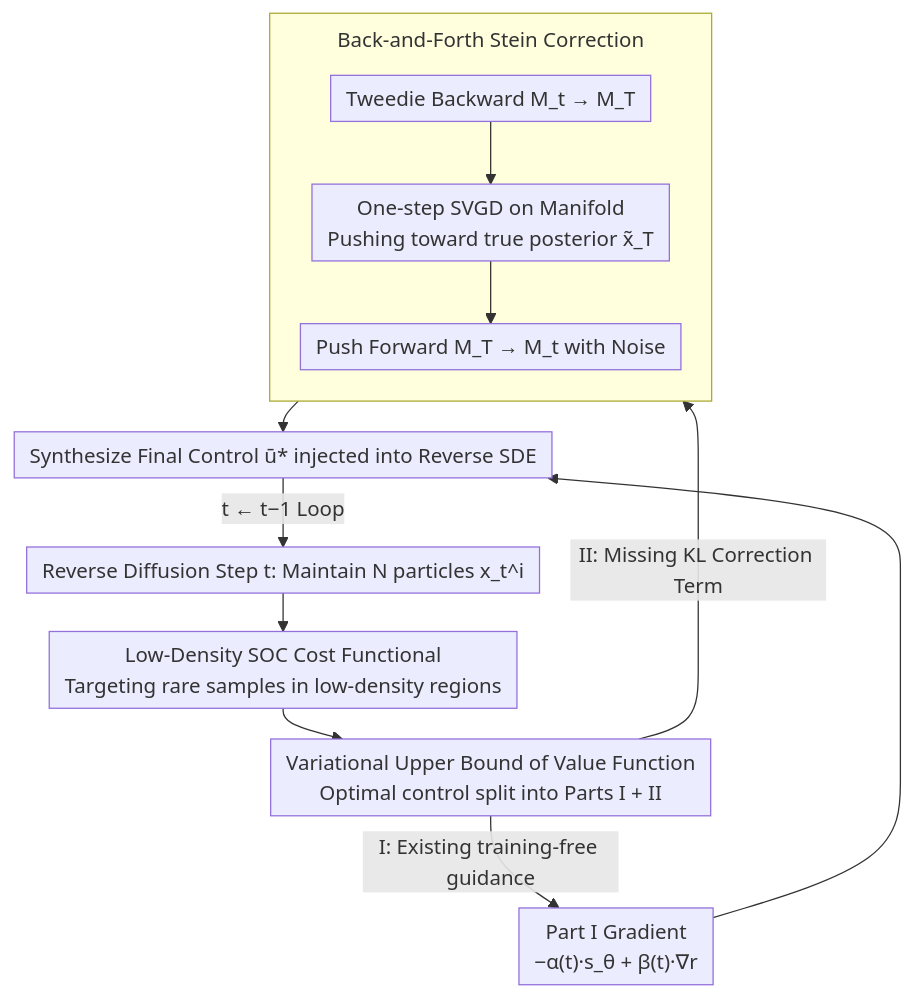
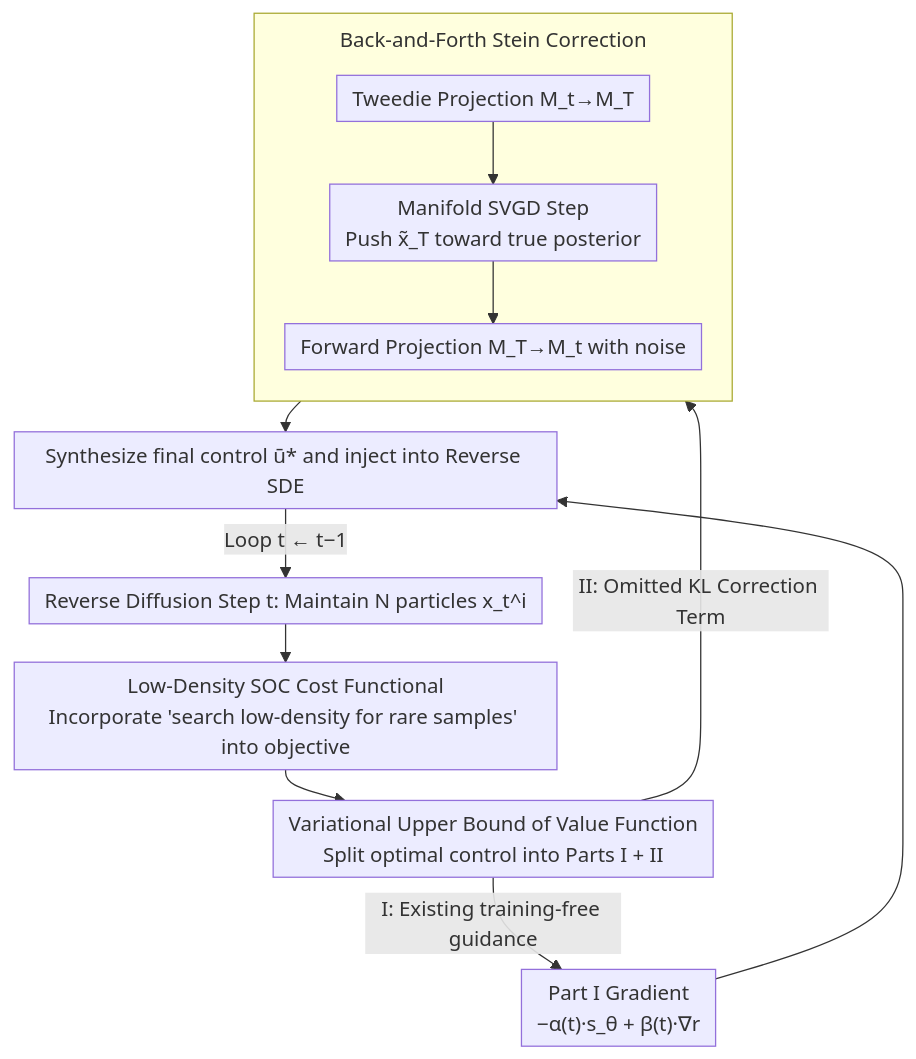
One commit to zhaoyang97/Paper-Notes-en changed the diagram in docs/ICML2026/computational_biology/stein_diffusion_guidance_training-free_posterior_correction_for_sampling_beyond_.md. Above: the diagram before and after it, drawn with Mermaid. The commit also changed other lines of this file and 5084 other files, not shown here.

````diff
--- a/docs/ICML2026/computational_biology/stein_diffusion_guidance_training-free_posterior_correction_for_sampling_beyond_.md
+++ b/docs/ICML2026/computational_biology/stein_diffusion_guidance_training-free_posterior_correction_for_sampling_beyond_.md
@@ -42,15 +42,15 @@
 ```mermaid
 %%{init: {'flowchart': {'rankSpacing': 24, 'nodeSpacing': 28, 'padding': 6, 'wrappingWidth': 400, 'subGraphTitleMargin': {'top': 8, 'bottom': 16}}}}%%
 flowchart TD
-    A["Reverse Diffusion Step t: Maintain N particles x_t^i"] --> B["Low-Density SOC Cost Functional<br/>Targeting rare samples in low-density regions"]
-    B --> C["Variational Upper Bound of Value Function<br/>Optimal control split into Parts I + II"]
+    A["Reverse Diffusion Step t: Maintain N particles x_t^i"] --> B["Low-Density SOC Cost Functional<br/>Incorporate 'search low-density for rare samples' into objective"]
+    B --> C["Variational Upper Bound of Value Function<br/>Split optimal control into Parts I + II"]
     C -->|"I: Existing training-free guidance"| E["Part I Gradient<br/>−α(t)·s_θ + β(t)·∇r"]
-    C -->|"II: Missing KL Correction Term"| D
+    C -->|"II: Omitted KL Correction Term"| D
     subgraph D["Back-and-Forth Stein Correction"]
         direction TB
-        D1["Tweedie Backward M_t → M_T"] --> D2["One-step SVGD on Manifold<br/>Pushing toward true posterior x̃_T"] --> D3["Push Forward M_T → M_t with Noise"]
+        D1["Tweedie Projection M_t→M_T"] --> D2["Manifold SVGD Step<br/>Push x̃_T toward true posterior"] --> D3["Forward Projection M_T→M_t with noise"]
     end
-    E --> F["Synthesize Final Control ū* injected into Reverse SDE"]
+    E --> F["Synthesize final control ū* and inject into Reverse SDE"]
     D --> F
-    F -->|"t ← t−1 Loop"| A
+    F -->|"Loop t ← t−1"| A
 ```
````
